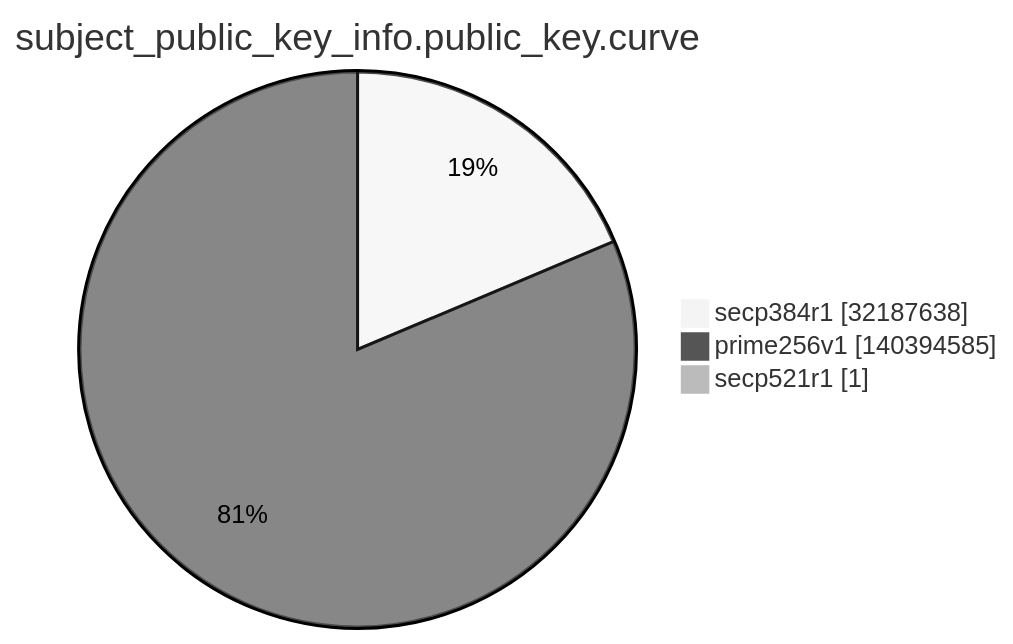
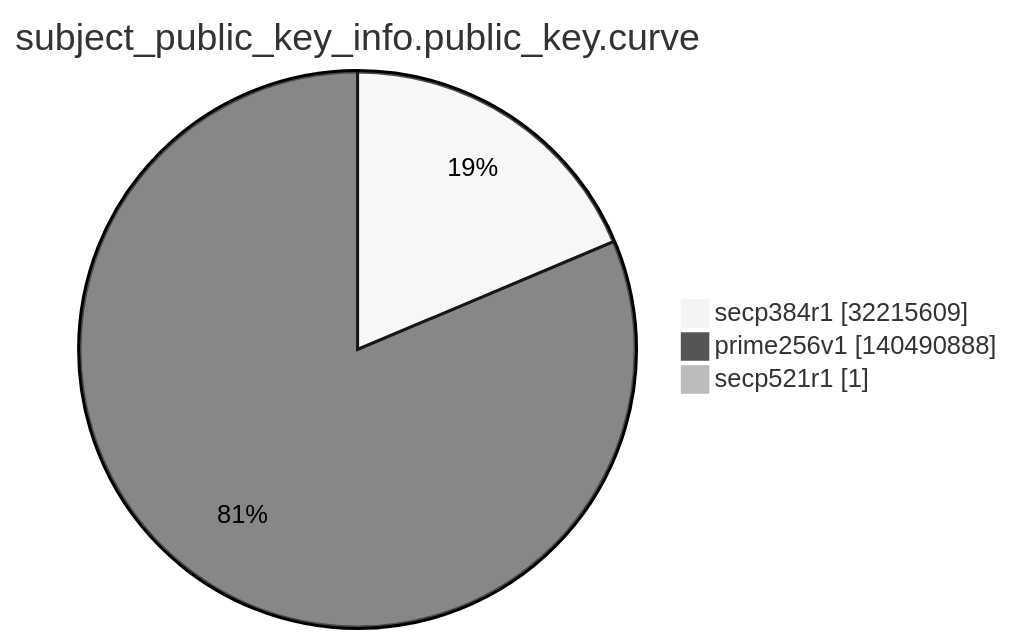
One commit to christiankrug/ctmonitor_visualization changed the ninth of 15 diagrams in argon2022/README.md. Above: the diagram before and after it, drawn with Mermaid (neutral theme). The commit also changed other lines of this file, not shown here.

````diff
--- a/argon2022/README.md
+++ b/argon2022/README.md
@@ -2762,7 +2762,7 @@
 ```mermaid
 pie showData
 title subject_public_key_info.public_key.curve
-"secp384r1" :32187638
-"prime256v1" :140394585
+"secp384r1" :32215609
+"prime256v1" :140490888
 "secp521r1" :1
 ```
````
